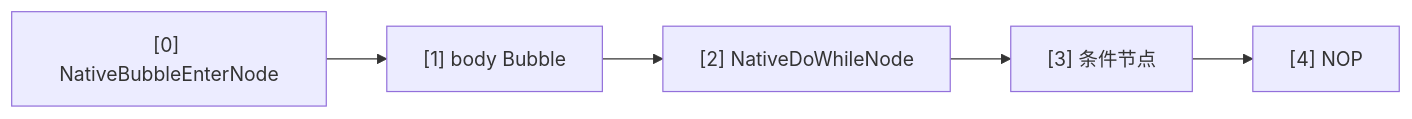
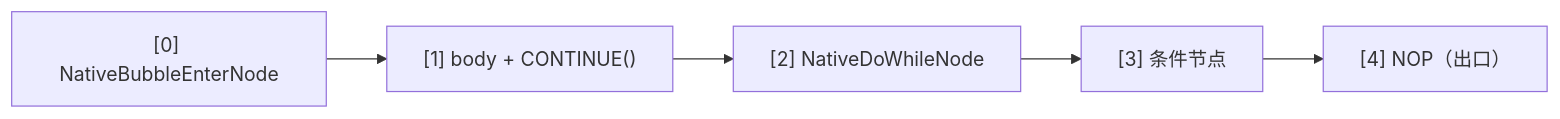
One commit to AmritaBot/AmritaSense changed the fourth of 4 diagrams in docs/zh/guide/advanced/built-in_instruction_set/native_instructions.md. Above: the diagram before and after it, drawn with Mermaid. The commit also changed other lines of this file and 102 other files, not shown here.

````diff
--- a/docs/zh/guide/advanced/built-in_instruction_set/native_instructions.md
+++ b/docs/zh/guide/advanced/built-in_instruction_set/native_instructions.md
@@ -172,9 +163,9 @@
 ```mermaid
 graph LR
     enter["[0] NativeBubbleEnterNode"]
-    body["[1] body Bubble"]
+    body["[1] body + CONTINUE()"]
     do["[2] NativeDoWhileNode"]
     cond["[3] 条件节点"]
-    nop["[4] NOP"]
+    nop["[4] NOP（出口）"]
     enter --> body --> do --> cond --> nop
 ```
````
